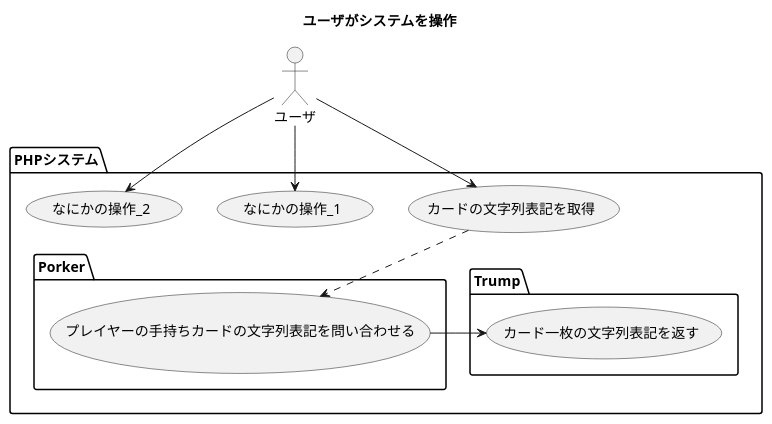
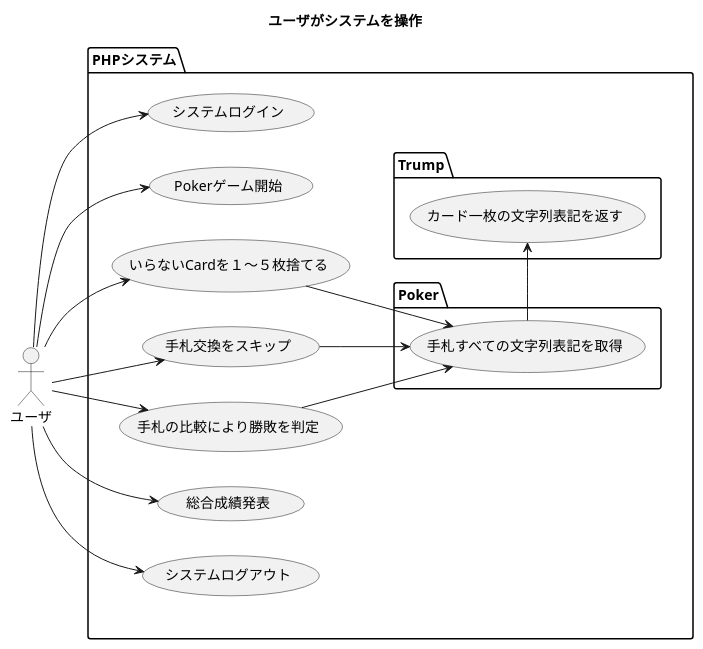
The diagram in docs/usecase/ユーザがシステムを操作.puml (Kimita/mobpair_with_mohira), drawn with PlantUML before and after one commit. The commit also changed 1 other file, not shown here.

Commit message:
プレイフロー図を元にして、「課題と直接関係するユースケース」が読み取れるようにユースケース図を改修した。

```diff
--- a/docs/usecase/ユーザがシステムを操作.puml
+++ b/docs/usecase/ユーザがシステムを操作.puml
@@ -1,32 +1,56 @@
 @startuml
 
 title ユーザがシステムを操作
 
-''left to right direction
+left to right direction
 
 actor ユーザ
 
 package "PHPシステム" {
-    usecase カードの文字列表記を取得
-    usecase なにかの操作_1
-    usecase なにかの操作_2
+    usecase (システムログイン)
+    usecase (Pokerゲーム開始)
+    usecase (手札交換をスキップ)
+    usecase (いらないCardを１～５枚捨てる)
+    usecase (手札の比較により勝敗を判定)
+    usecase (総合成績発表)
+    usecase (システムログアウト)
 
-    package "Porker" {
-        usecase プレイヤーの手持ちカードの文字列表記を問い合わせる
+    package "Poker" {
+        usecase (手札すべての文字列表記を取得)
     }
 
     package "Trump" {
-        usecase カード一枚の文字列表記を返す
+        usecase (カード一枚の文字列表記を返す)
     }
 }
 
+'' ユーザ直下の位置関係だけを制御する
+ユーザ -[hidden]d- PHPシステム
 
-ユーザ --> カードの文字列表記を取得
-カードの文字列表記を取得 ..> プレイヤーの手持ちカードの文字列表記を問い合わせる
-プレイヤーの手持ちカードの文字列表記を問い合わせる -l-> カード一枚の文字列表記を返す
-ユーザ --> なにかの操作_1
-ユーザ --> なにかの操作_2
+ユーザ --> (システムログイン)
+ユーザ --> (Pokerゲーム開始)
+ユーザ --> (いらないCardを１～５枚捨てる)
+ユーザ --> (手札交換をスキップ)
+ユーザ --> (手札の比較により勝敗を判定)
+ユーザ --> (総合成績発表)
+ユーザ --> (システムログアウト)
+
+'' PHPシステム内部の第一層について、右(上)から順に位置関係を制御する
+(システムログイン) -[hidden]l- (Pokerゲーム開始)
+(Pokerゲーム開始) -[hidden]l- (いらないCardを１～５枚捨てる)
+(いらないCardを１～５枚捨てる) -[hidden]l- (手札交換をスキップ)
+(手札交換をスキップ) -[hidden]l- (手札の比較により勝敗を判定)
+(手札の比較により勝敗を判定) -[hidden]l- (総合成績発表)
+(総合成績発表) -[hidden]l- (システムログアウト)
+
+'' PHPシステム内部の第一層と第二層との関係性
+(いらないCardを１～５枚捨てる) --> (手札すべての文字列表記を取得)
+(手札交換をスキップ) --> (手札すべての文字列表記を取得)
+(手札の比較により勝敗を判定) --> (手札すべての文字列表記を取得)
+
+'' PHPシステム内部の第二層内での関係性
+(手札すべての文字列表記を取得) -l-> (カード一枚の文字列表記を返す)
 
 
 
 @enduml
```
